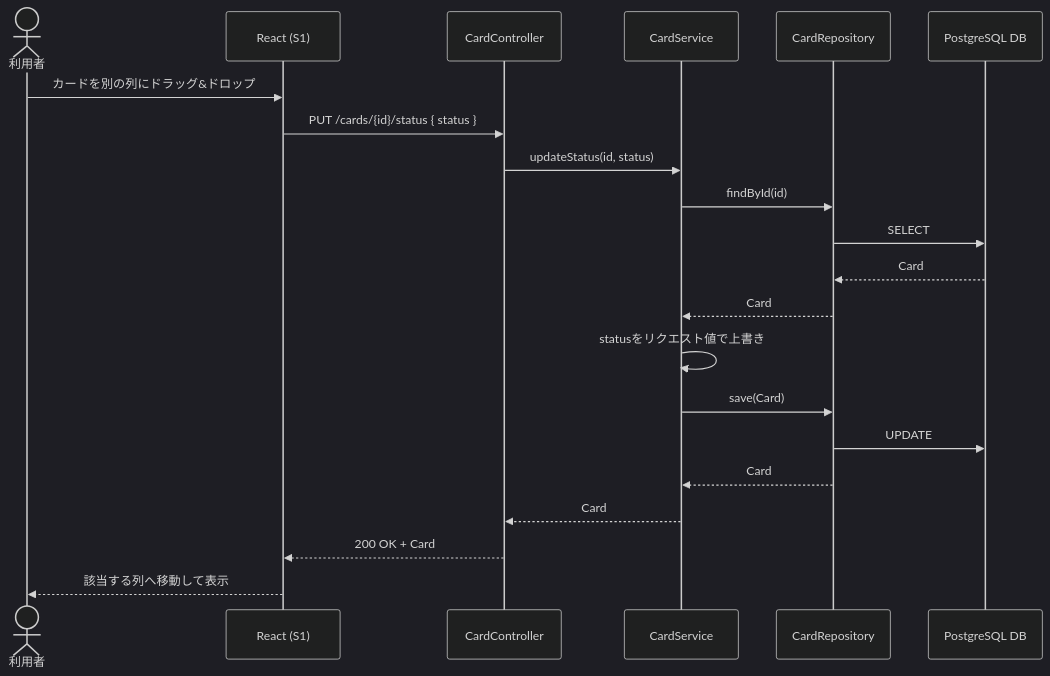
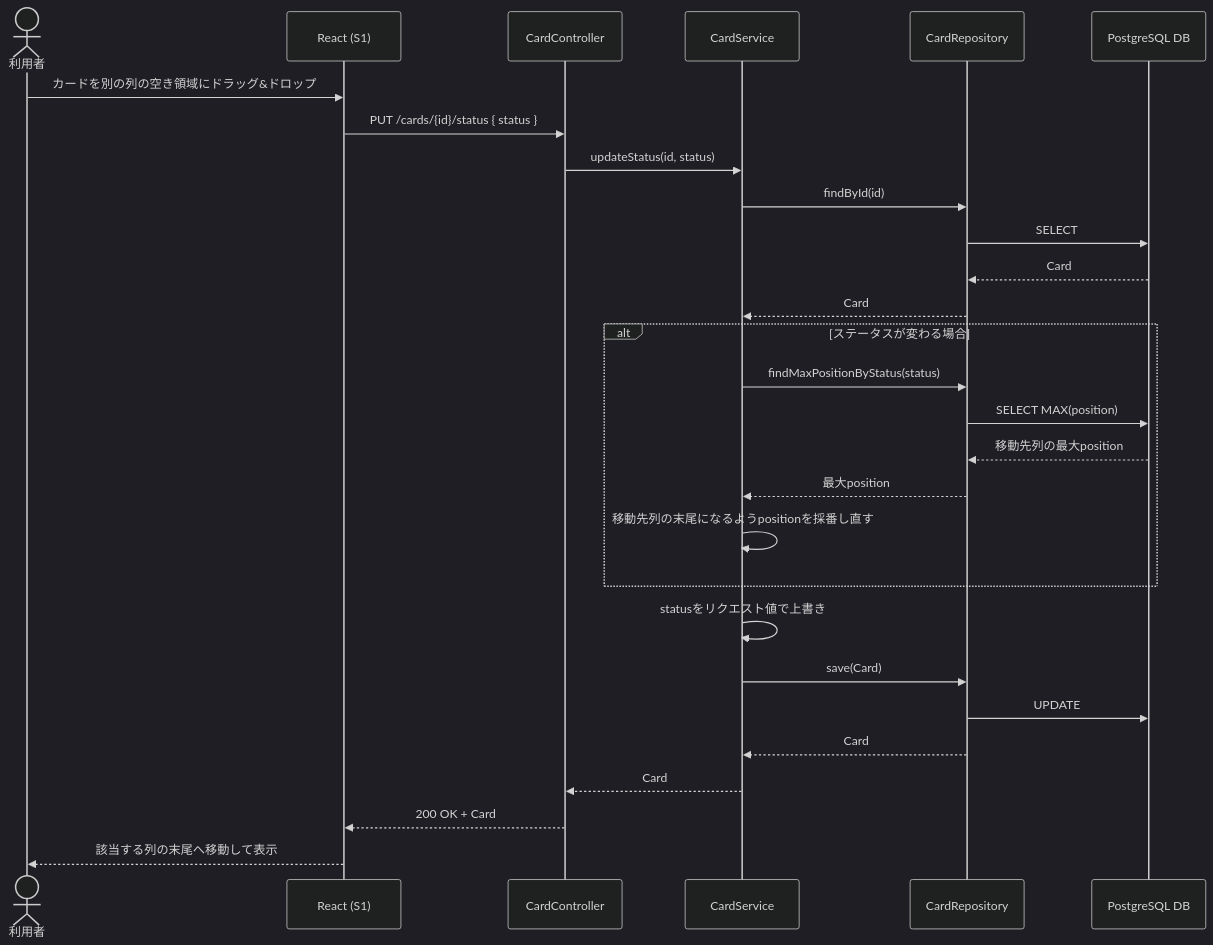
One commit to takahiromorikawa/TaskManagement changed the third of 6 diagrams in docs/api.md. Above: the diagram before and after it, drawn with Mermaid (dark theme). The commit also changed other lines of this file and 6 other files, not shown here.

````diff
--- a/docs/api.md
+++ b/docs/api.md
@@ -75,24 +78,31 @@
 ```mermaid
 sequenceDiagram
     actor User as 利用者
     participant FE as React (S1)
     participant API as CardController
     participant SVC as CardService
     participant REPO as CardRepository
     participant DB as PostgreSQL DB
 
-    User->>FE: カードを別の列にドラッグ&ドロップ
+    User->>FE: カードを別の列の空き領域にドラッグ&ドロップ
     FE->>API: PUT /cards/{id}/status { status }
     API->>SVC: updateStatus(id, status)
     SVC->>REPO: findById(id)
     REPO->>DB: SELECT
     DB-->>REPO: Card
     REPO-->>SVC: Card
+    alt ステータスが変わる場合
+        SVC->>REPO: findMaxPositionByStatus(status)
+        REPO->>DB: SELECT MAX(position)
+        DB-->>REPO: 移動先列の最大position
+        REPO-->>SVC: 最大position
+        SVC->>SVC: 移動先列の末尾になるようpositionを採番し直す
+    end
     SVC->>SVC: statusをリクエスト値で上書き
     SVC->>REPO: save(Card)
     REPO->>DB: UPDATE
     REPO-->>SVC: Card
     SVC-->>API: Card
     API-->>FE: 200 OK + Card
-    FE-->>User: 該当する列へ移動して表示
+    FE-->>User: 該当する列の末尾へ移動して表示
 ```
````
